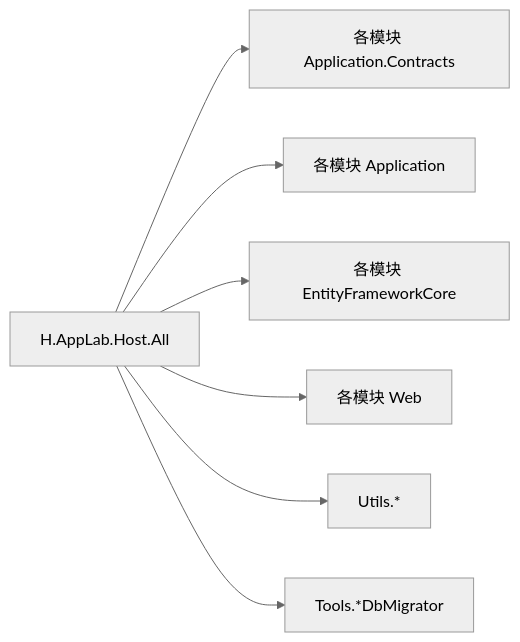
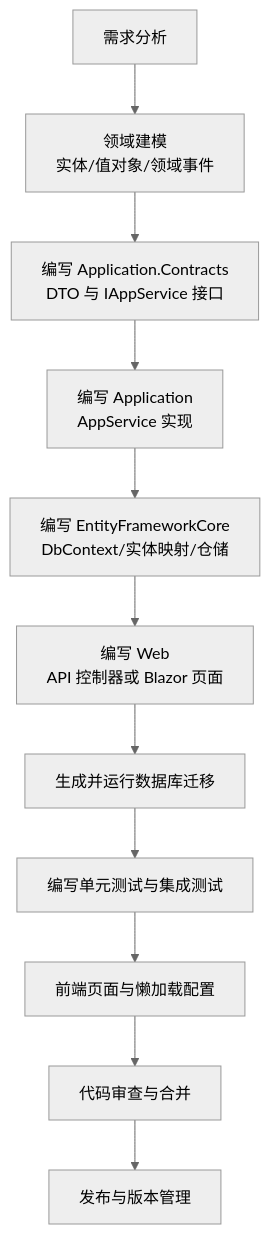
Before and after one commit to openlowcodelab/lowcode: the fourth of 5 diagrams in .qoder/repowiki/zh/content/开发指南.md, drawn with Mermaid (neutral theme). The commit also changed other lines of this file and 293 other files, not shown here.

````diff
--- a/.qoder/repowiki/zh/content/开发指南.md
+++ b/.qoder/repowiki/zh/content/开发指南.md
@@ -244,9 +174,13 @@
 ```mermaid
-graph LR
-HostAll["H.AppLab.Host.All"] --> Contracts["各模块 Application.Contracts"]
-HostAll --> Apps["各模块 Application"]
-HostAll --> EF["各模块 EntityFrameworkCore"]
-HostAll --> Web["各模块 Web"]
-HostAll --> Utils["Utils.*"]
-HostAll --> Tools["Tools.*DbMigrator"]
+flowchart TD
+    Req["需求分析"] --> Domain["领域建模<br/>实体/值对象/领域事件"]
+    Domain --> Contracts["编写 Application.Contracts<br/>DTO 与 IAppService 接口"]
+    Contracts --> App["编写 Application<br/>AppService 实现"]
+    App --> Infra["编写 EntityFrameworkCore<br/>DbContext/实体映射/仓储"]
+    Infra --> Web["编写 Web<br/>API 控制器或 Blazor 页面"]
+    Web --> Migration["生成并运行数据库迁移"]
+    Migration --> Test["编写单元测试与集成测试"]
+    Test --> Frontend["前端页面与懒加载配置"]
+    Frontend --> Review["代码审查与合并"]
+    Review --> Release["发布与版本管理"]
 ```
````
